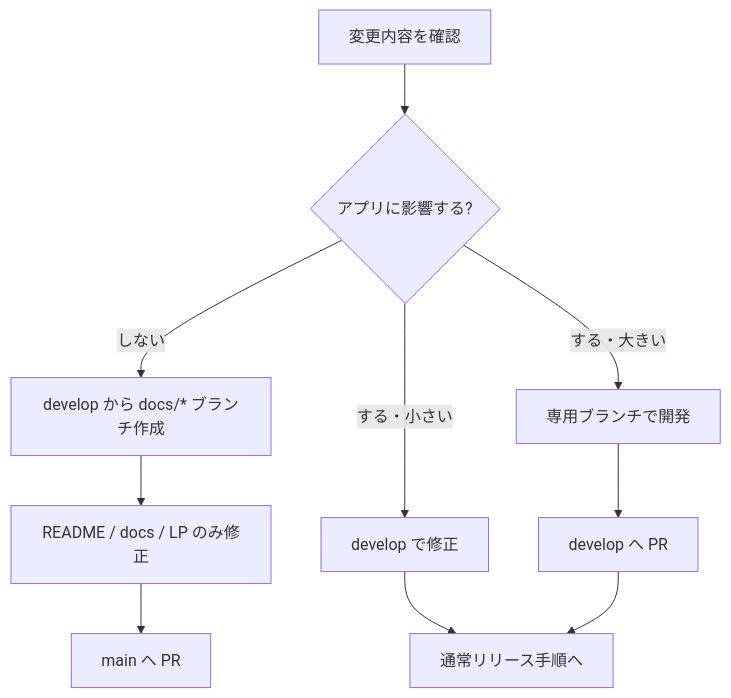
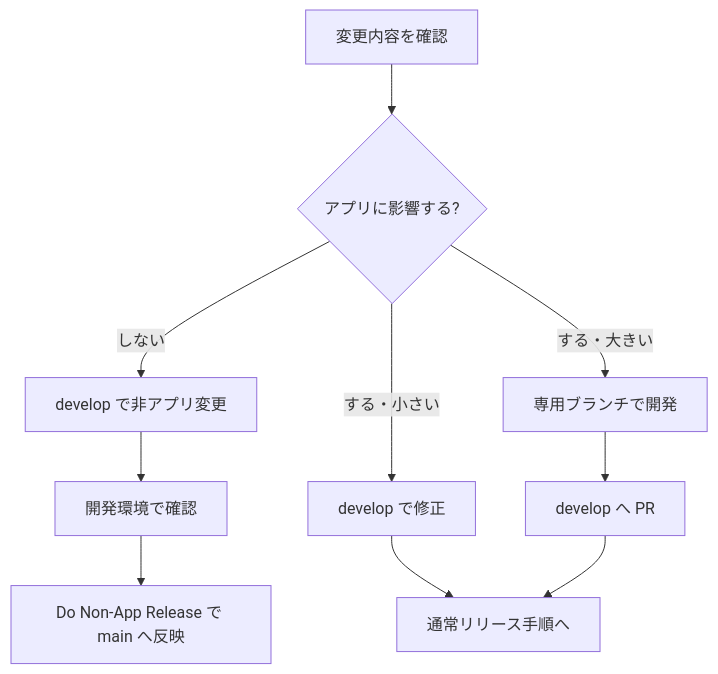
One commit to ore-no-fusen/ore-no-fusen changed the first of 2 diagrams in docs/010_RELEASE.md. Above: the diagram before and after it, drawn with Mermaid. The commit also changed other lines of this file and 1 other file, not shown here.

Commit message:
chore(release): add non-app release workflow [skip ci]

````diff
--- a/docs/010_RELEASE.md
+++ b/docs/010_RELEASE.md
@@ -8,22 +8,22 @@
 ```mermaid
 flowchart TD
     A["変更内容を確認"]
     B{"アプリに影響する?"}
-    C["develop から docs/* ブランチ作成"]
-    D["README / docs / LP のみ修正"]
-    E["main へ PR"]
+    C["develop で非アプリ変更"]
+    D["開発環境で確認"]
+    E["Do Non-App Release で main へ反映"]
     F["develop で修正"]
     G["専用ブランチで開発"]
     H["develop へ PR"]
     I["通常リリース手順へ"]
 
     A --> B
     B -->|しない| C
     C --> D
     D --> E
     B -->|する・小さい| F
     F --> I
     B -->|する・大きい| G
     G --> H
     H --> I
 ```
````
